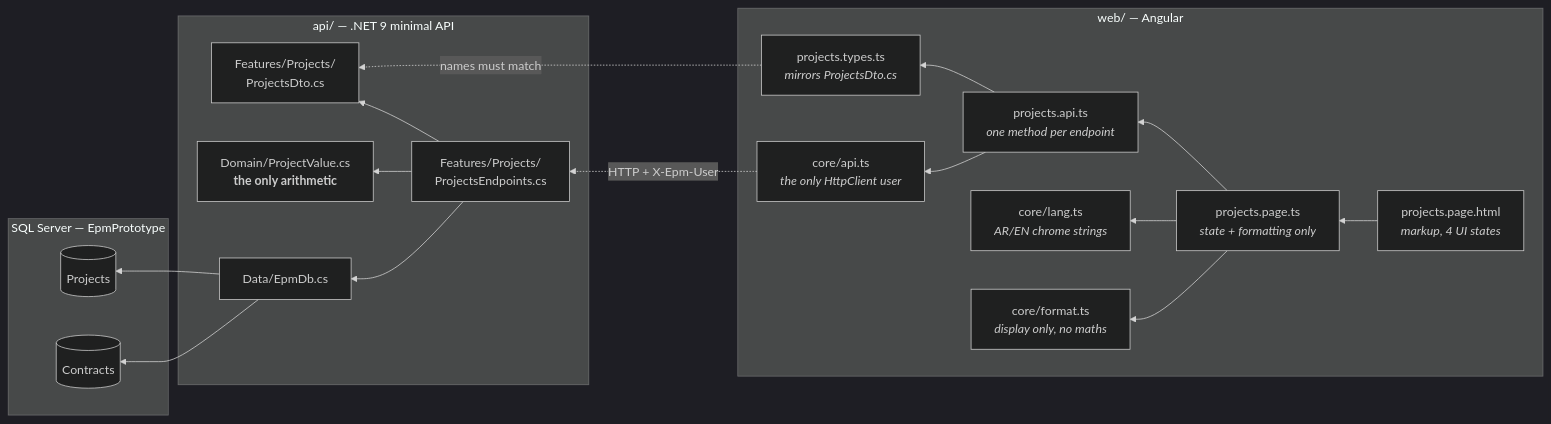
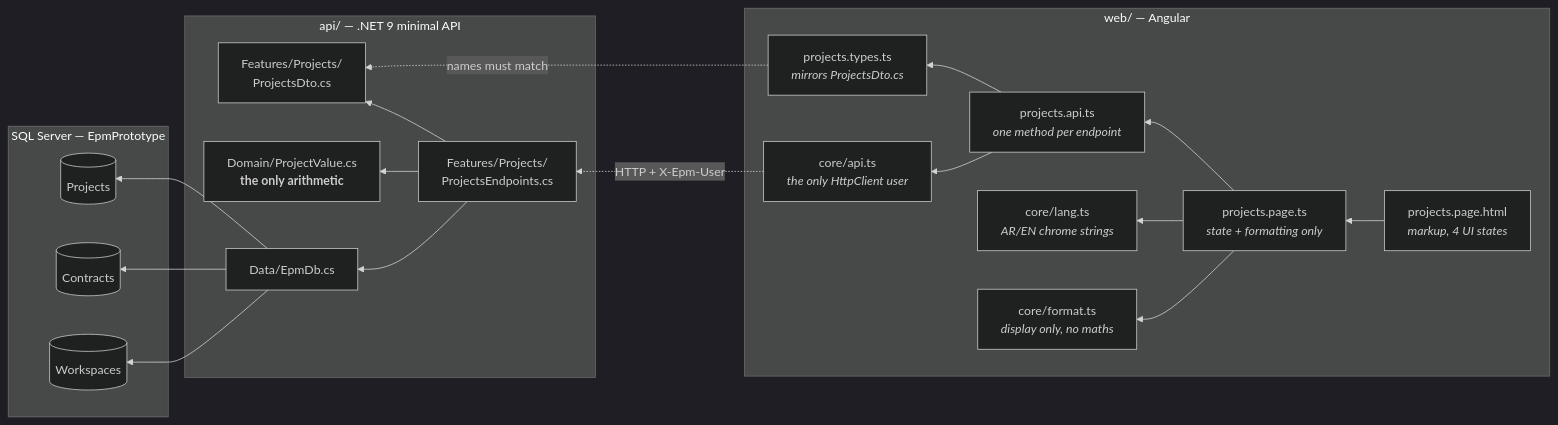
The first of 5 diagrams in docs/uml/projects.md (Anas-M-Ardah/EPM-PROTO-2), drawn with Mermaid (dark theme) before and after one commit. The commit also changed other lines of this file and 10 other files, not shown here.

````diff
--- a/docs/uml/projects.md
+++ b/docs/uml/projects.md
@@ -12,38 +16,40 @@
 ```mermaid
 graph RL
   subgraph BROWSER["web/ — Angular"]
     HTML["projects.page.html<br/><i>markup, 4 UI states</i>"]
     PAGE["projects.page.ts<br/><i>state + formatting only</i>"]
     PAPI["projects.api.ts<br/><i>one method per endpoint</i>"]
     TYPES["projects.types.ts<br/><i>mirrors ProjectsDto.cs</i>"]
     CAPI["core/api.ts<br/><i>the only HttpClient user</i>"]
     LANG["core/lang.ts<br/><i>AR/EN chrome strings</i>"]
     FMT["core/format.ts<br/><i>display only, no maths</i>"]
   end
 
   subgraph API["api/ — .NET 9 minimal API"]
     EP["Features/Projects/<br/>ProjectsEndpoints.cs"]
     DTO["Features/Projects/<br/>ProjectsDto.cs"]
     DOM["Domain/ProjectValue.cs<br/><b>the only arithmetic</b>"]
     DB["Data/EpmDb.cs"]
   end
 
   subgraph SQL["SQL Server — EpmPrototype"]
     T1[("Projects")]
     T2[("Contracts")]
+    T3[("Workspaces")]
   end
 
   HTML --> PAGE
   PAGE --> PAPI
   PAGE --> LANG
   PAGE --> FMT
   PAPI --> TYPES
   PAPI --> CAPI
   CAPI -.->|"HTTP + X-Epm-User"| EP
   EP --> DTO
   EP --> DOM
   EP --> DB
   DB --> T1
   DB --> T2
+  DB --> T3
   TYPES -.->|"names must match"| DTO
 ```
````
